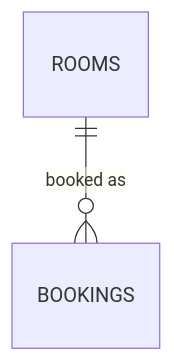
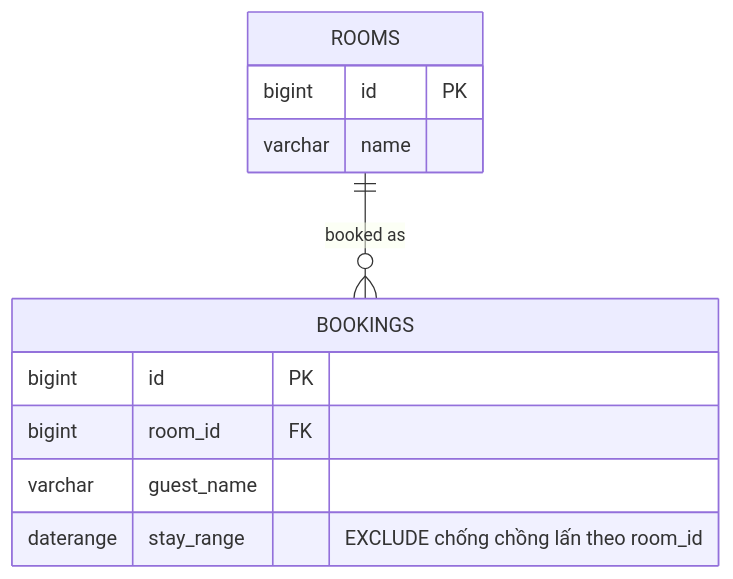
Before and after one commit to JeDTr/learning: the diagram in backend/database/rdbms/use-cases/03-hotel-booking/README.md, drawn with Mermaid. The commit also changed 19 other files, not shown here.

First line of the commit message:
Flesh out RDBMS use-case examples: full schema + detailed ERDs

````diff
--- a/backend/database/rdbms/use-cases/03-hotel-booking/README.md
+++ b/backend/database/rdbms/use-cases/03-hotel-booking/README.md
@@ -5,4 +5,15 @@
 ```mermaid
 erDiagram
     ROOMS ||--o{ BOOKINGS : "booked as"
+
+    ROOMS {
+        bigint id PK
+        varchar name
+    }
+    BOOKINGS {
+        bigint id PK
+        bigint room_id FK
+        varchar guest_name
+        daterange stay_range "EXCLUDE chống chồng lấn theo room_id"
+    }
 ```
````
